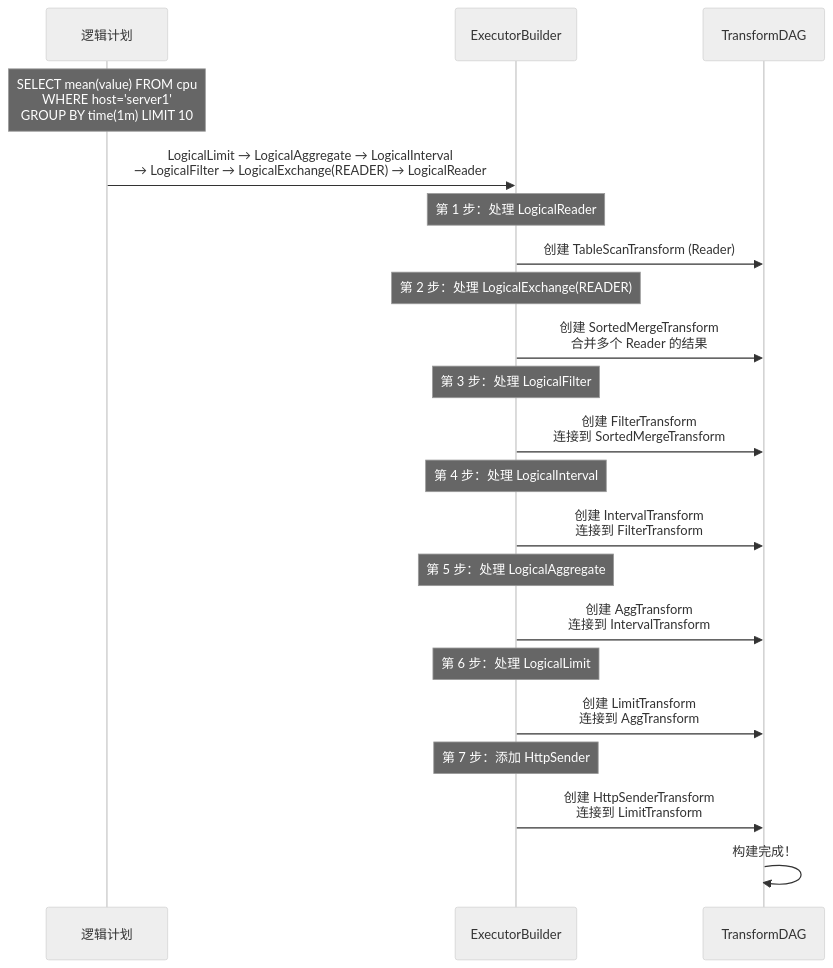
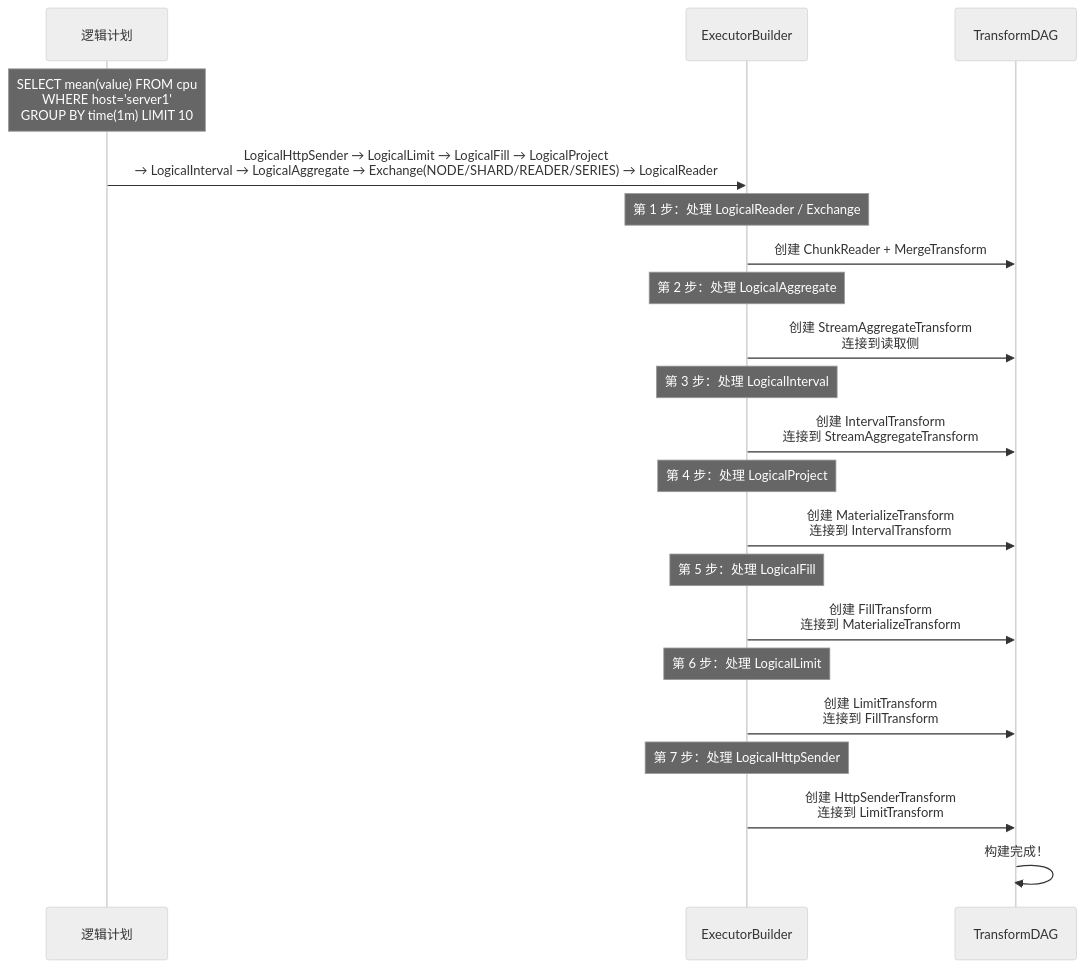
Before and after one commit to stefanv5/openGemini: diagram 14 of 33 in docs/specs/03_query_engine_spec.md, drawn with Mermaid (neutral theme). The commit also changed other lines of this file and 37 other files, not shown here.

````diff
--- a/docs/specs/03_query_engine_spec.md
+++ b/docs/specs/03_query_engine_spec.md
@@ -1178,33 +1260,33 @@
 ```mermaid
 sequenceDiagram
     participant Plan as 逻辑计划
     participant Builder as ExecutorBuilder
     participant DAG as TransformDAG
 
     Note over Plan: SELECT mean(value) FROM cpu<br/>WHERE host='server1'<br/>GROUP BY time(1m) LIMIT 10
 
-    Plan->>Builder: LogicalLimit → LogicalAggregate → LogicalInterval<br/>→ LogicalFilter → LogicalExchange(READER) → LogicalReader
+    Plan->>Builder: LogicalHttpSender → LogicalLimit → LogicalFill → LogicalProject<br/>→ LogicalInterval → LogicalAggregate → Exchange(NODE/SHARD/READER/SERIES) → LogicalReader
 
-    Note over Builder: 第 1 步：处理 LogicalReader
-    Builder->>DAG: 创建 TableScanTransform (Reader)
+    Note over Builder: 第 1 步：处理 LogicalReader / Exchange
+    Builder->>DAG: 创建 ChunkReader + MergeTransform
 
-    Note over Builder: 第 2 步：处理 LogicalExchange(READER)
-    Builder->>DAG: 创建 SortedMergeTransform<br/>合并多个 Reader 的结果
+    Note over Builder: 第 2 步：处理 LogicalAggregate
+    Builder->>DAG: 创建 StreamAggregateTransform<br/>连接到读取侧
 
-    Note over Builder: 第 3 步：处理 LogicalFilter
-    Builder->>DAG: 创建 FilterTransform<br/>连接到 SortedMergeTransform
+    Note over Builder: 第 3 步：处理 LogicalInterval
+    Builder->>DAG: 创建 IntervalTransform<br/>连接到 StreamAggregateTransform
 
-    Note over Builder: 第 4 步：处理 LogicalInterval
-    Builder->>DAG: 创建 IntervalTransform<br/>连接到 FilterTransform
+    Note over Builder: 第 4 步：处理 LogicalProject
+    Builder->>DAG: 创建 MaterializeTransform<br/>连接到 IntervalTransform
 
-    Note over Builder: 第 5 步：处理 LogicalAggregate
-    Builder->>DAG: 创建 AggTransform<br/>连接到 IntervalTransform
+    Note over Builder: 第 5 步：处理 LogicalFill
+    Builder->>DAG: 创建 FillTransform<br/>连接到 MaterializeTransform
 
     Note over Builder: 第 6 步：处理 LogicalLimit
-    Builder->>DAG: 创建 LimitTransform<br/>连接到 AggTransform
+    Builder->>DAG: 创建 LimitTransform<br/>连接到 FillTransform
 
-    Note over Builder: 第 7 步：添加 HttpSender
+    Note over Builder: 第 7 步：处理 LogicalHttpSender
     Builder->>DAG: 创建 HttpSenderTransform<br/>连接到 LimitTransform
 
     DAG->>DAG: 构建完成！
 ```
````
